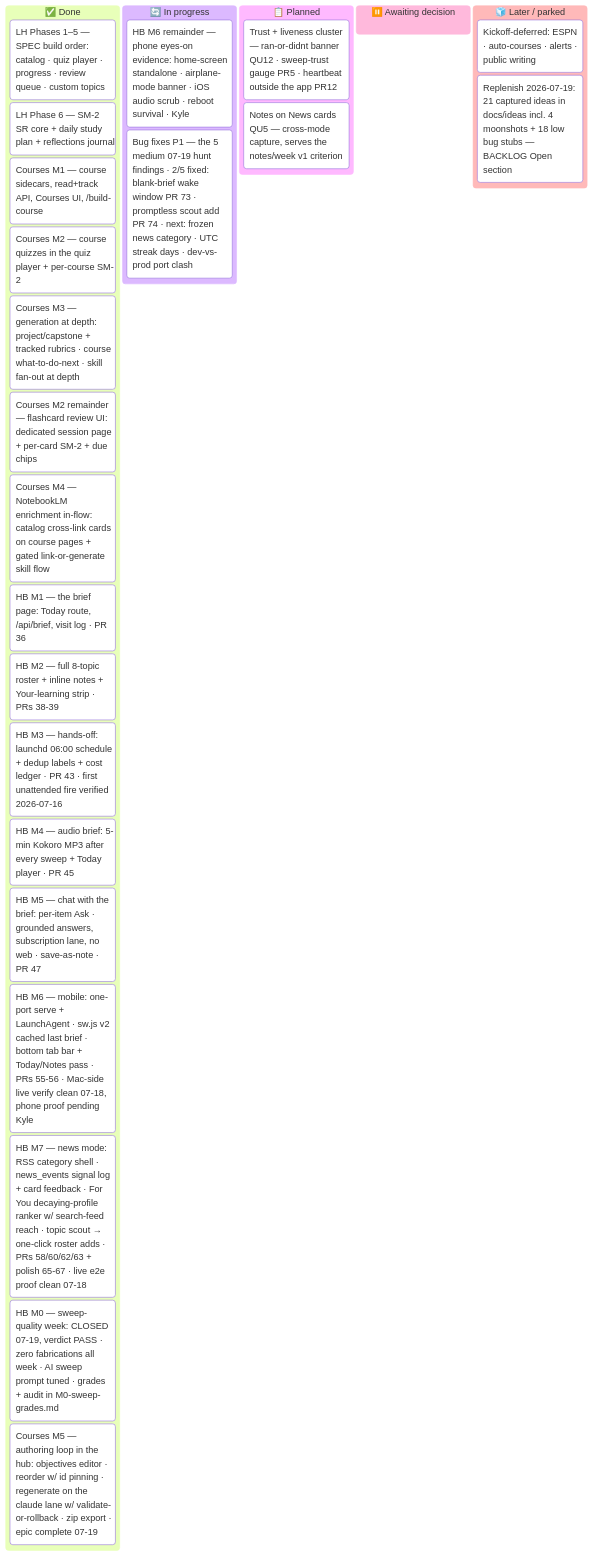
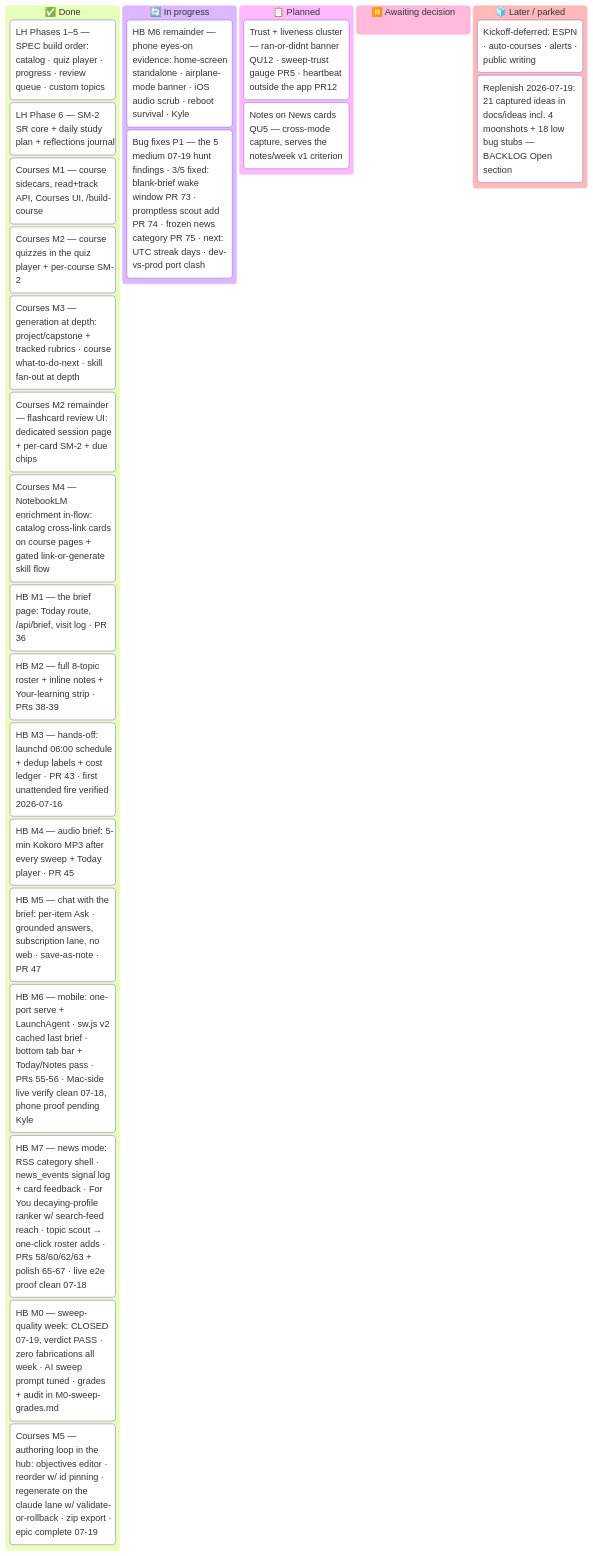
Before and after one commit to ksdisch/home-base: the diagram in docs/MASTER_PLAN.md, drawn with Mermaid. The commit also changed other lines of this file and 1 other file, not shown here.

Commit message:
docs: BACKLOG + MASTER_PLAN — P1 bug #3 fixed (PR #75), 3/5 on the card

````diff
--- a/docs/MASTER_PLAN.md
+++ b/docs/MASTER_PLAN.md
@@ -42,30 +42,30 @@
 ```mermaid
 kanban
   done["✅ Done"]
     lh15["LH Phases 1–5 — SPEC build order: catalog · quiz player · progress · review queue · custom topics"]
     lh6["LH Phase 6 — SM-2 SR core + daily study plan + reflections journal"]
     lh7["Courses M1 — course sidecars, read+track API, Courses UI, /build-course"]
     lh7m2["Courses M2 — course quizzes in the quiz player + per-course SM-2"]
     lh7m3["Courses M3 — generation at depth: project/capstone + tracked rubrics · course what-to-do-next · skill fan-out at depth"]
     lh7fc["Courses M2 remainder — flashcard review UI: dedicated session page + per-card SM-2 + due chips"]
     lh7m4["Courses M4 — NotebookLM enrichment in-flow: catalog cross-link cards on course pages + gated link-or-generate skill flow"]
     hbm1["HB M1 — the brief page: Today route, /api/brief, visit log · PR 36"]
     hbm2["HB M2 — full 8-topic roster + inline notes + Your-learning strip · PRs 38-39"]
     hbm3["HB M3 — hands-off: launchd 06:00 schedule + dedup labels + cost ledger · PR 43 · first unattended fire verified 2026-07-16"]
     hbm4["HB M4 — audio brief: 5-min Kokoro MP3 after every sweep + Today player · PR 45"]
     hbm5["HB M5 — chat with the brief: per-item Ask · grounded answers, subscription lane, no web · save-as-note · PR 47"]
     hbm6["HB M6 — mobile: one-port serve + LaunchAgent · sw.js v2 cached last brief · bottom tab bar + Today/Notes pass · PRs 55-56 · Mac-side live verify clean 07-18, phone proof pending Kyle"]
     hbm7["HB M7 — news mode: RSS category shell · news_events signal log + card feedback · For You decaying-profile ranker w/ search-feed reach · topic scout → one-click roster adds · PRs 58/60/62/63 + polish 65-67 · live e2e proof clean 07-18"]
     hbm0["HB M0 — sweep-quality week: CLOSED 07-19, verdict PASS · zero fabrications all week · AI sweep prompt tuned · grades + audit in M0-sweep-grades.md"]
     cm5["Courses M5 — authoring loop in the hub: objectives editor · reorder w/ id pinning · regenerate on the claude lane w/ validate-or-rollback · zip export · epic complete 07-19"]
   doing["🔄 In progress"]
     hbm6proof["HB M6 remainder — phone eyes-on evidence: home-screen standalone · airplane-mode banner · iOS audio scrub · reboot survival · Kyle"]
-    bugp1["Bug fixes P1 — the 5 medium 07-19 hunt findings · 2/5 fixed: blank-brief wake window PR 73 · promptless scout add PR 74 · next: frozen news category · UTC streak days · dev-vs-prod port clash"]
+    bugp1["Bug fixes P1 — the 5 medium 07-19 hunt findings · 3/5 fixed: blank-brief wake window PR 73 · promptless scout add PR 74 · frozen news category PR 75 · next: UTC streak days · dev-vs-prod port clash"]
   next["📋 Planned"]
     trust["Trust + liveness cluster — ran-or-didnt banner QU12 · sweep-trust gauge PR5 · heartbeat outside the app PR12"]
     qnotes["Notes on News cards QU5 — cross-mode capture, serves the notes/week v1 criterion"]
   decide["⏸️ Awaiting decision"]
   later["🧊 Later / parked"]
     defer["Kickoff-deferred: ESPN · auto-courses · alerts · public writing"]
     replen["Replenish 2026-07-19: 21 captured ideas in docs/ideas incl. 4 moonshots + 18 low bug stubs — BACKLOG Open section"]
 ```
````
